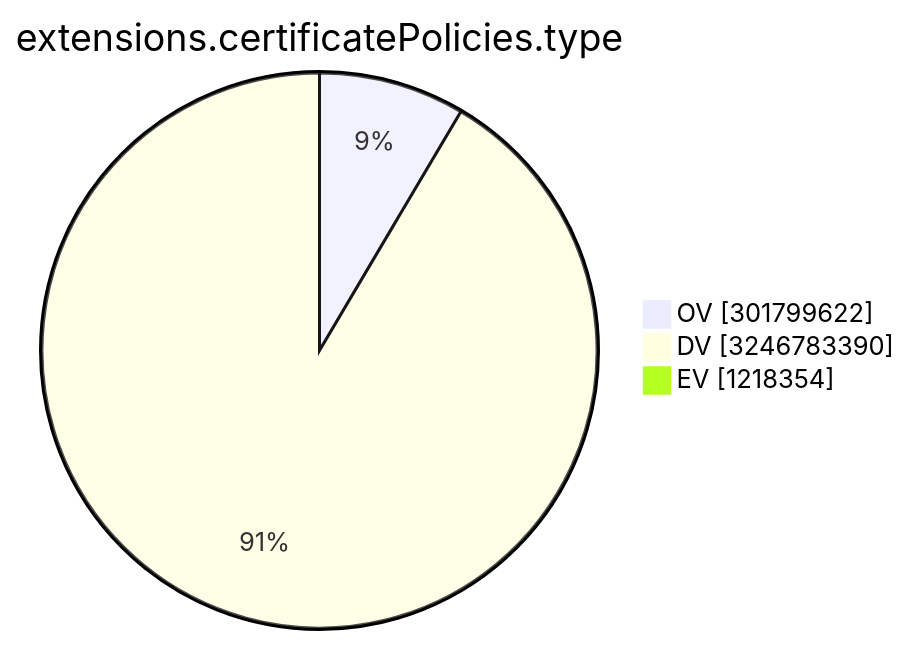
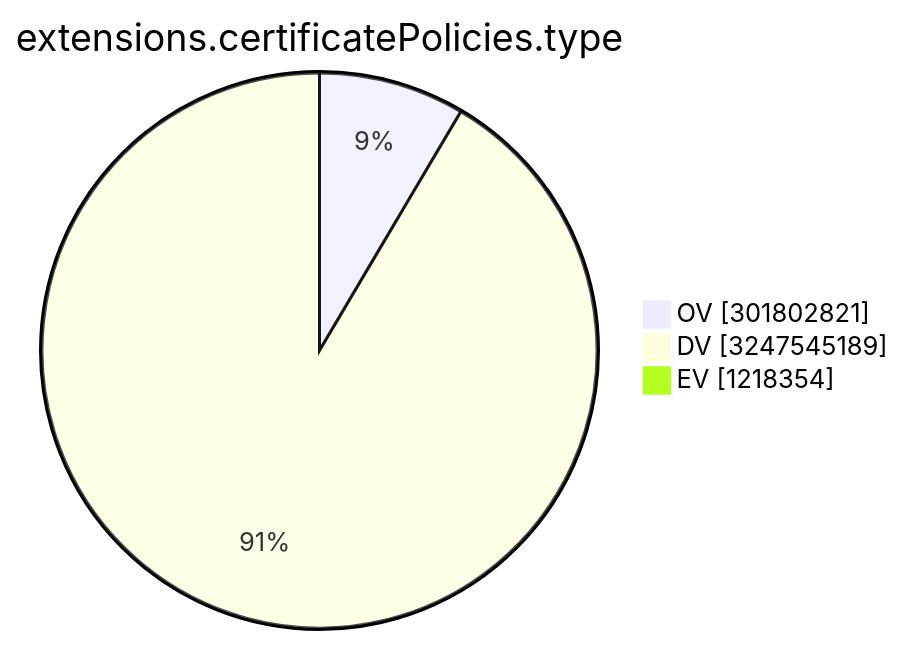
The ninth of 15 diagrams in TOTAL/README.md (christiankrug/ctmonitor_visualization), drawn with Mermaid before and after one commit. The commit also changed other lines of this file, not shown here.

````diff
--- a/TOTAL/README.md
+++ b/TOTAL/README.md
@@ -3107,7 +3107,7 @@
 ```mermaid
 pie showData
 title extensions.certificatePolicies.type
-"OV" :301799622
-"DV" :3246783390
+"OV" :301802821
+"DV" :3247545189
 "EV" :1218354
 ```
````
